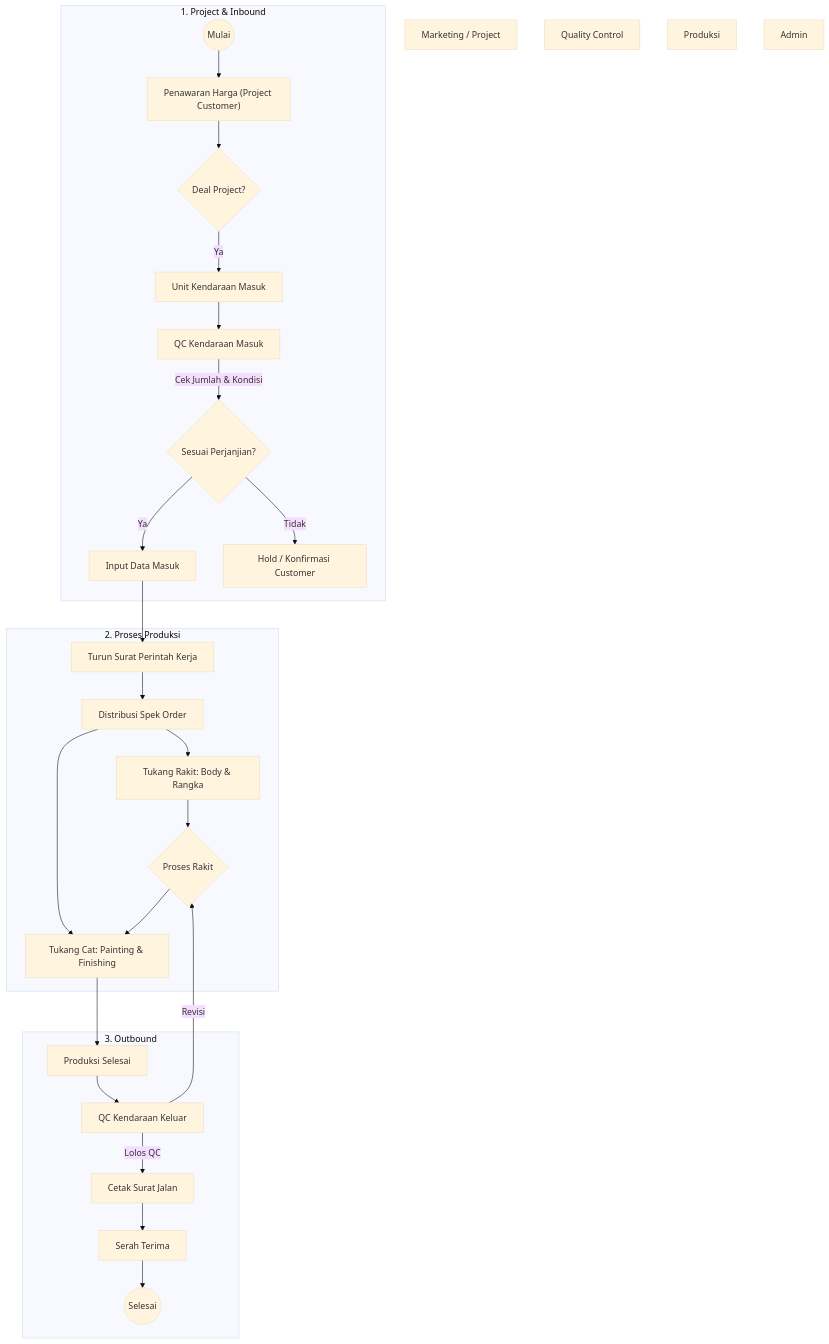
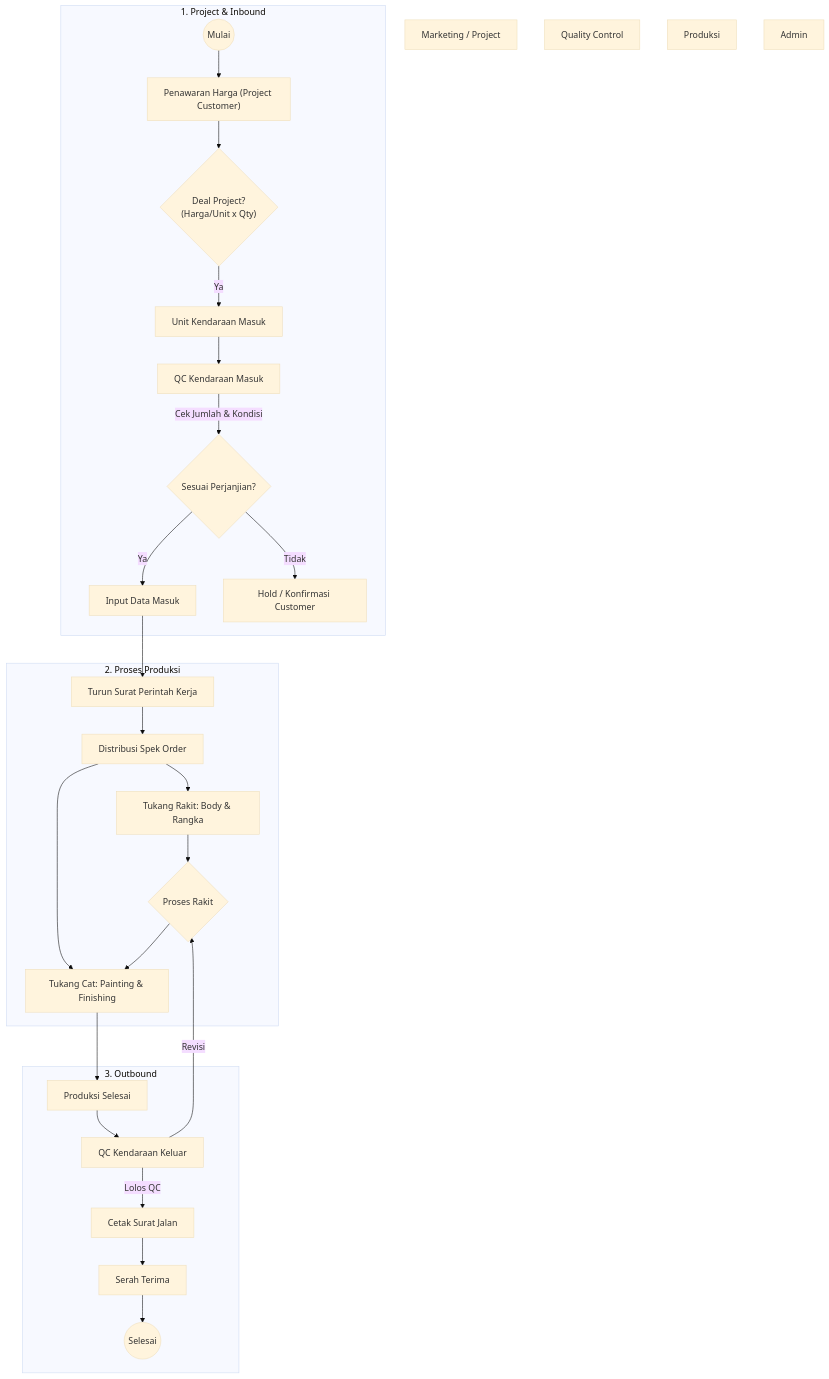
The first of 2 diagrams in docs/business-process/3-vehicle-and-core.md (Jieeevest/karoseri-revamp), drawn with Mermaid (base theme) before and after one commit. The commit also changed 7 other files, not shown here.

````diff
--- a/docs/business-process/3-vehicle-and-core.md
+++ b/docs/business-process/3-vehicle-and-core.md
@@ -5,44 +5,45 @@
 ```mermaid
 graph TD
     %% Actors
     Marketing["Marketing / Project"]
     QC["Quality Control"]
     Prod["Produksi"]
     Admin["Admin"]
 
     %% Inbound
     subgraph "1. Project & Inbound"
         Start(("Mulai")) --> Offer["Penawaran Harga (Project Customer)"]
-        Offer --> Deal{"Deal Project?"}
+        Offer --> Deal{"Deal Project?
+        (Harga/Unit x Qty)"}
         Deal -- Ya --> UnitDatang["Unit Kendaraan Masuk"]
         UnitDatang --> QCIn["QC Kendaraan Masuk"]
         QCIn -->|Cek Jumlah & Kondisi| CheckInValid{"Sesuai Perjanjian?"}
 
         CheckInValid -- Ya --> InputSystem["Input Data Masuk"]
         CheckInValid -- Tidak --> RejectIn["Hold / Konfirmasi Customer"]
     end
 
     %% Production
     subgraph "2. Proses Produksi"
         InputSystem --> IssueSPK["Turun Surat Perintah Kerja"]
         IssueSPK --> SpekOrder["Distribusi Spek Order"]
 
         SpekOrder --> TeamRakit["Tukang Rakit: Body & Rangka"]
         SpekOrder --> TeamCat["Tukang Cat: Painting & Finishing"]
 
         TeamRakit --> Progress{Proses Rakit}
         Progress --> TeamCat
     end
 
     %% Outbound
     subgraph "3. Outbound"
         TeamCat --> FinProd["Produksi Selesai"]
         FinProd --> QCOut["QC Kendaraan Keluar"]
 
         QCOut -->|Lolos QC| CetakSJ["Cetak Surat Jalan"]
         QCOut -->|Revisi| Progress
 
         CetakSJ --> Handover["Serah Terima"]
         Handover --> End(("Selesai"))
     end
 ```
````
